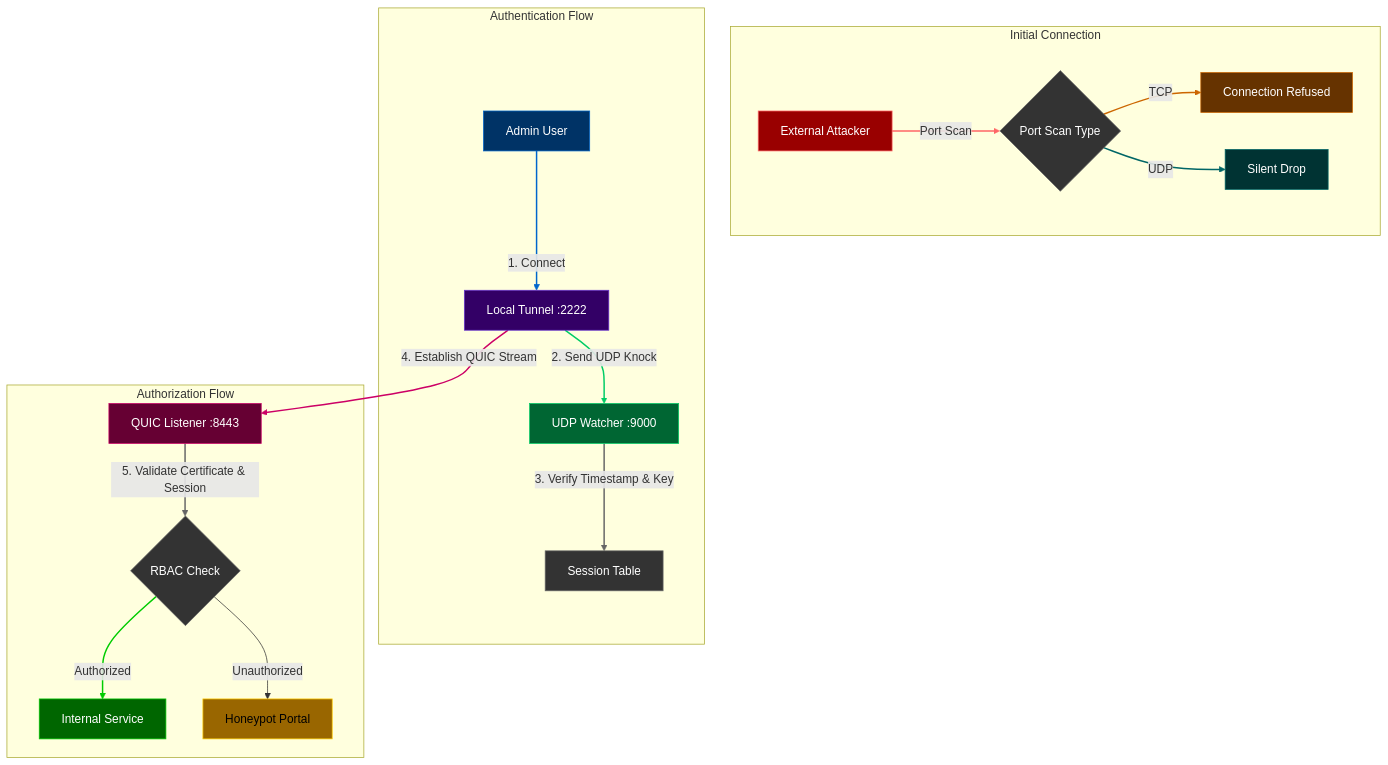
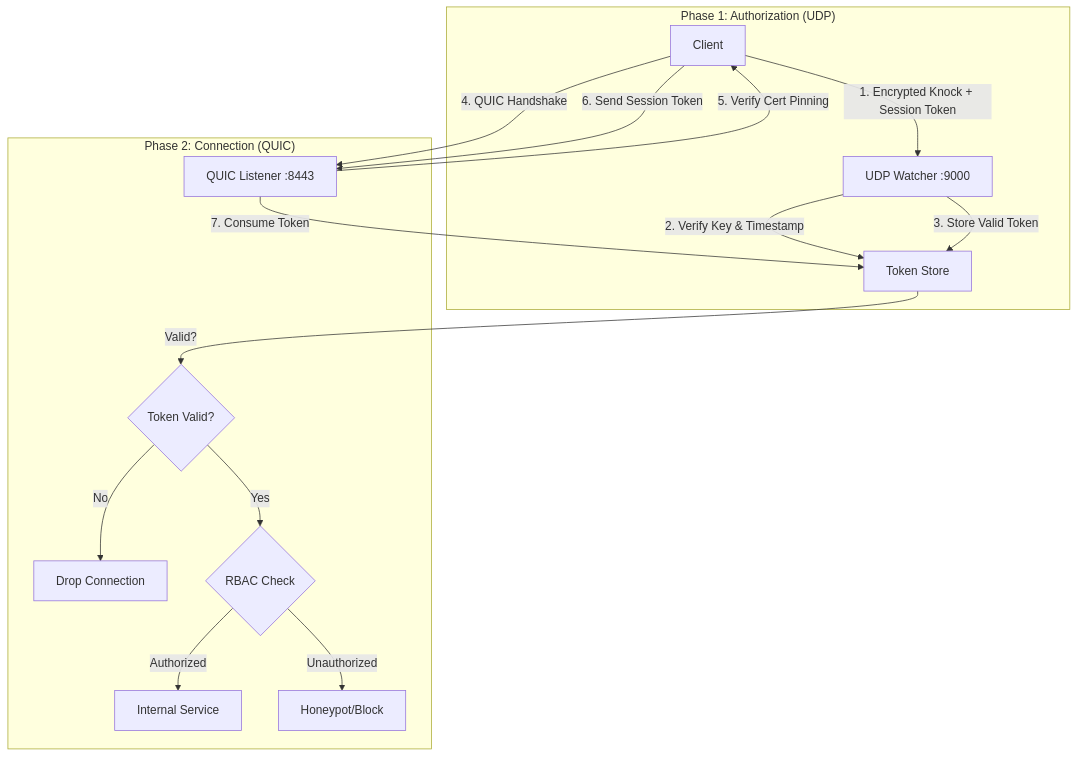
One commit to PeteMadCoder/GhostPort changed the diagram in README.md. Above: the diagram before and after it, drawn with Mermaid. The commit also changed other lines of this file and 15 other files, not shown here.

````diff
--- a/README.md
+++ b/README.md
@@ -20,47 +16,20 @@
 ```mermaid
 graph TD
-    subgraph "Initial Connection"
-        A[External Attacker] -->|Port Scan| B{Port Scan Type}
-        B -->|TCP| C[Connection Refused]
-        B -->|UDP| D[Silent Drop]
+    subgraph "Phase 1: Authorization (UDP)"
+        A[Client] -->|1. Encrypted Knock + Session Token| B[UDP Watcher :9000]
+        B -->|2. Verify Key & Timestamp| C[Token Store]
+        B -->|3. Store Valid Token| C
     end
-    
-    subgraph "Authentication Flow"
-        E[Admin User] -->|1. Connect| F[Local Tunnel :2222]
-        F -->|2. Send UDP Knock| G[UDP Watcher :9000]
-        G -->|3. Verify Timestamp & Key| H[Session Table]
+
+    subgraph "Phase 2: Connection (QUIC)"
+        A -->|4. QUIC Handshake| D[QUIC Listener :8443]
+        D -->|5. Verify Cert Pinning| A
+        A -->|6. Send Session Token| D
+        D -->|7. Consume Token| C
+        C -->|Valid?| E{Token Valid?}
+        E -->|No| G[Drop Connection]
+        E -->|Yes| H{RBAC Check}
+        H -->|Authorized| F[Internal Service]
+        H -->|Unauthorized| I[Honeypot/Block]
     end
-    
-    subgraph "Authorization Flow"
-        F -->|4. Establish QUIC Stream| I[QUIC Listener :8443]
-        I -->|5. Validate Certificate & Session| J{RBAC Check}
-        J -->|Authorized| K[Internal Service]
-        J -->|Unauthorized| L[Honeypot Portal]
-    end
-    
-    style A fill:#990000,color:#ffffff,stroke:#ff6666
-    style B fill:#333333,color:#ffffff,stroke:#666666
-    style C fill:#663300,color:#ffffff,stroke:#cc6600
-    style D fill:#003333,color:#ffffff,stroke:#006666
-    
-    style E fill:#003366,color:#ffffff,stroke:#0066cc
-    style F fill:#330066,color:#ffffff,stroke:#6633cc
-    style G fill:#006633,color:#ffffff,stroke:#00cc66
-    style H fill:#333333,color:#ffffff,stroke:#666666
-    
-    style I fill:#660033,color:#ffffff,stroke:#cc0066
-    style J fill:#333333,color:#ffffff,stroke:#666666
-    style K fill:#006600,color:#ffffff,stroke:#00cc00
-    style L fill:#996600,color:#000000,stroke:#ffcc00
-    
-    linkStyle 0 stroke:#ff6666,stroke-width:2px
-    linkStyle 1 stroke:#cc6600,stroke-width:2px
-    linkStyle 2 stroke:#006666,stroke-width:2px
-    linkStyle 3 stroke:#0066cc,stroke-width:2px
-    linkStyle 4 stroke:#00cc66,stroke-width:2px
-    linkStyle 5 stroke:#666666,stroke-width:2px
-    linkStyle 6 stroke:#cc0066,stroke-width:2px
-    linkStyle 7 stroke:#666666,stroke-width:2px
-    linkStyle 8 stroke:#00cc00,stroke-width:2px
-   
 ```
````
